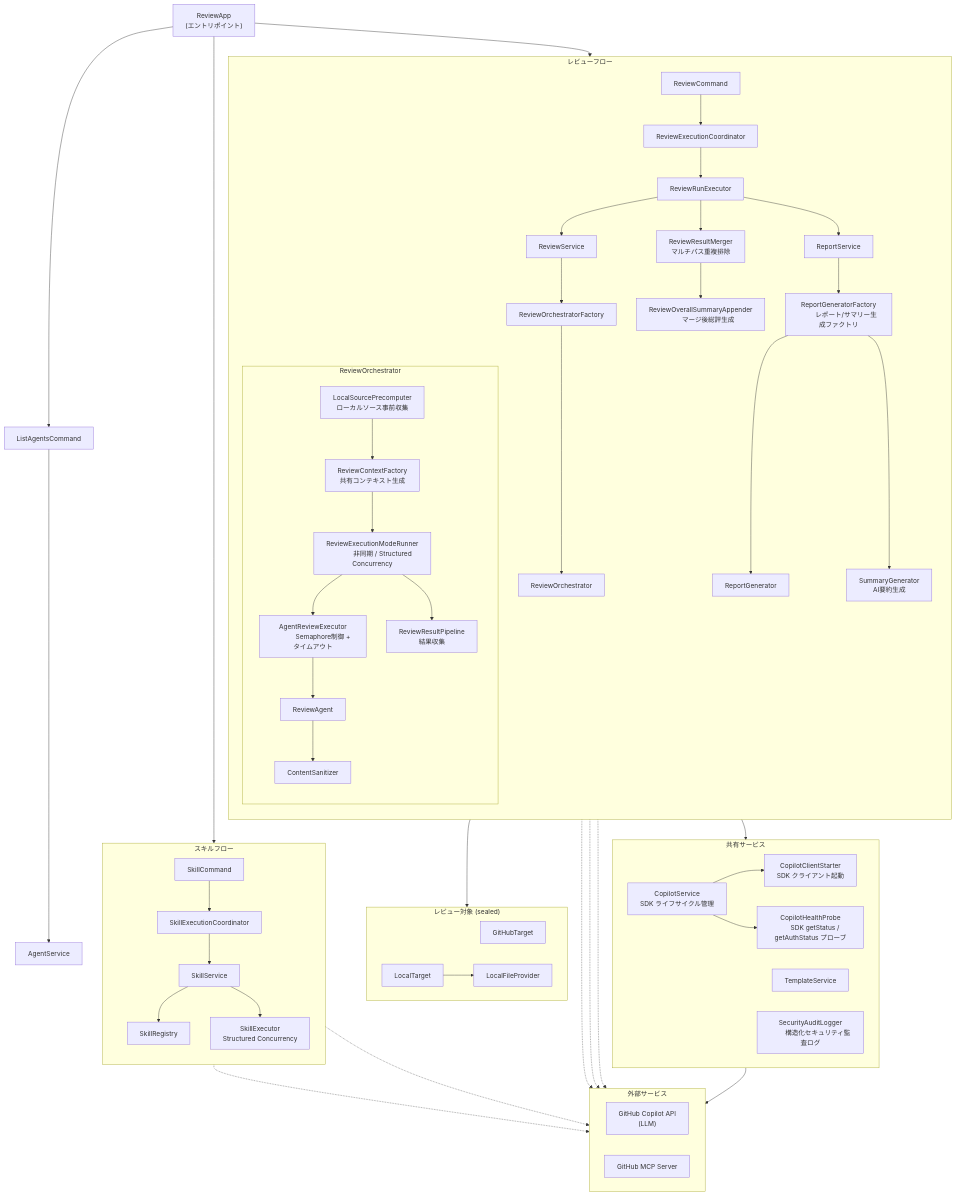
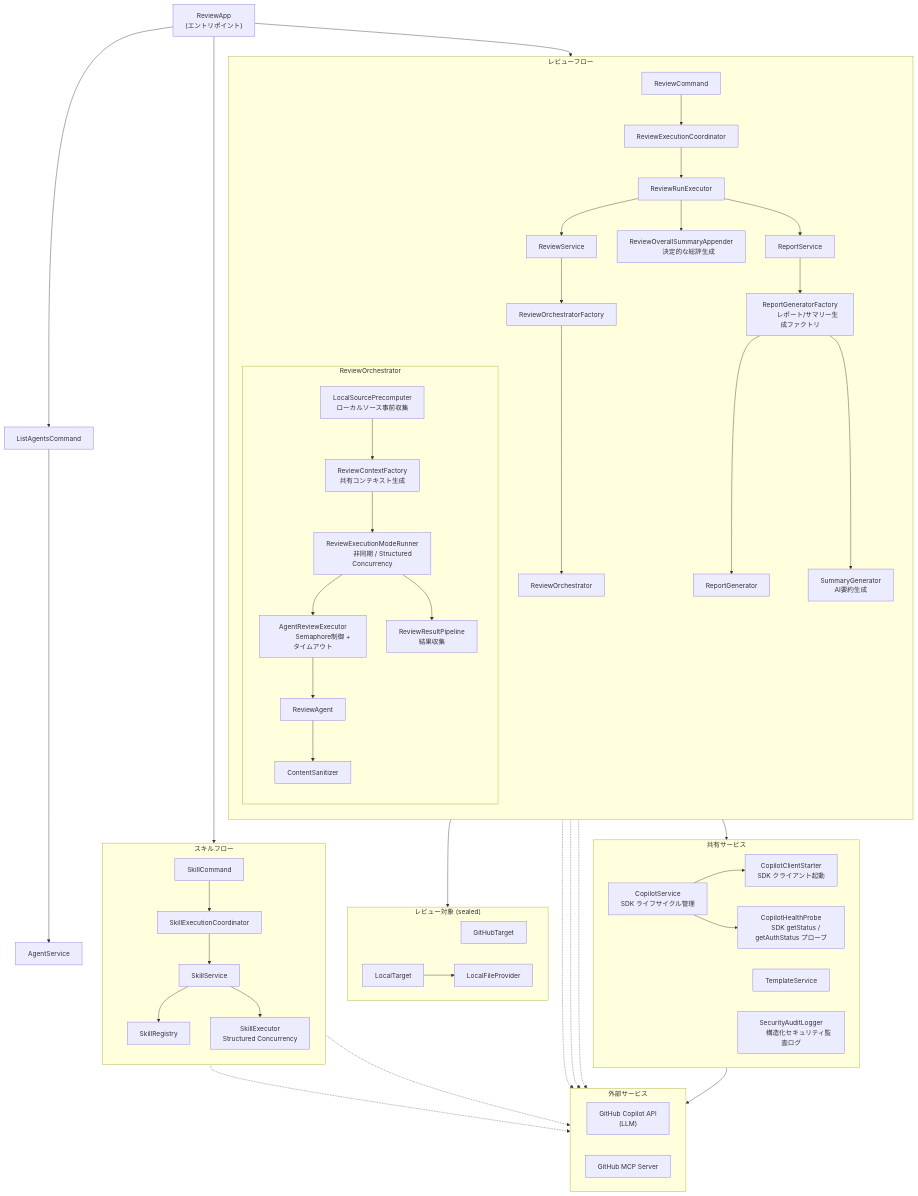
The diagram in README_ja.md (anishi1222/multi-agent-code-reviewer), drawn with Mermaid before and after one commit. The commit also changed other lines of this file and 93 other files, not shown here.

```diff
--- a/README_ja.md
+++ b/README_ja.md
@@ -853,10 +828,8 @@
             ReviewExecutionModeRunner --> ReviewResultPipeline
         end
 
-        ReviewRunExecutor --> ReviewResultMerger["ReviewResultMerger
-        マルチパス重複排除"]
-        ReviewResultMerger --> ReviewOverallSummaryAppender["ReviewOverallSummaryAppender
-        マージ後総評生成"]
+        ReviewRunExecutor --> ReviewOverallSummaryAppender["ReviewOverallSummaryAppender
+        決定的な総評生成"]
         ReviewRunExecutor --> ReportService
         ReportService --> ReportGeneratorFactory["ReportGeneratorFactory
         レポート/サマリー生成ファクトリ"]
```
